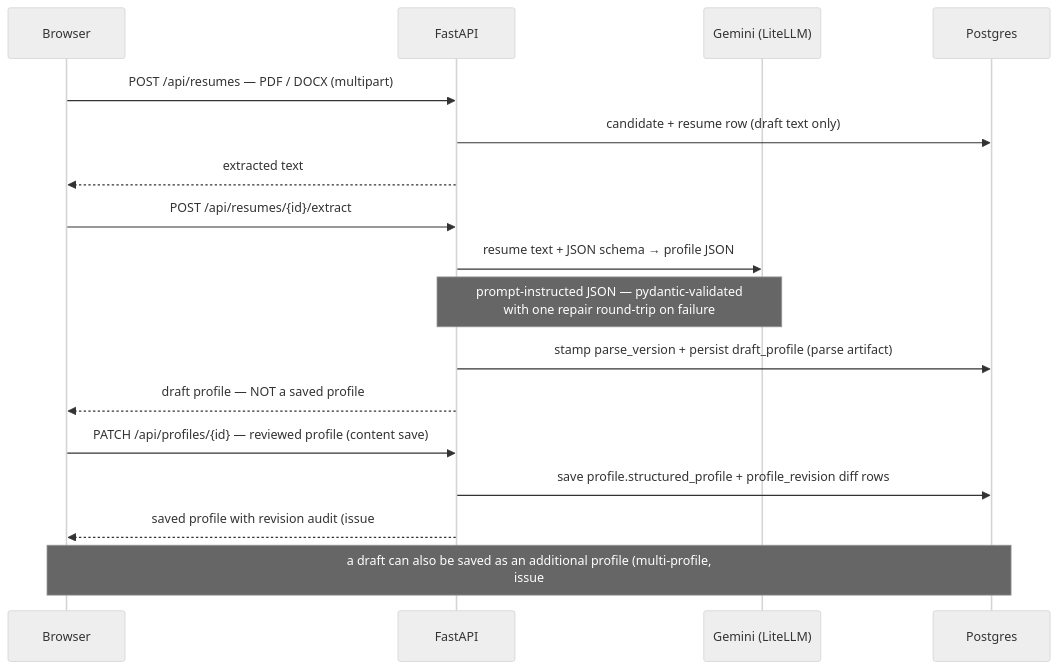
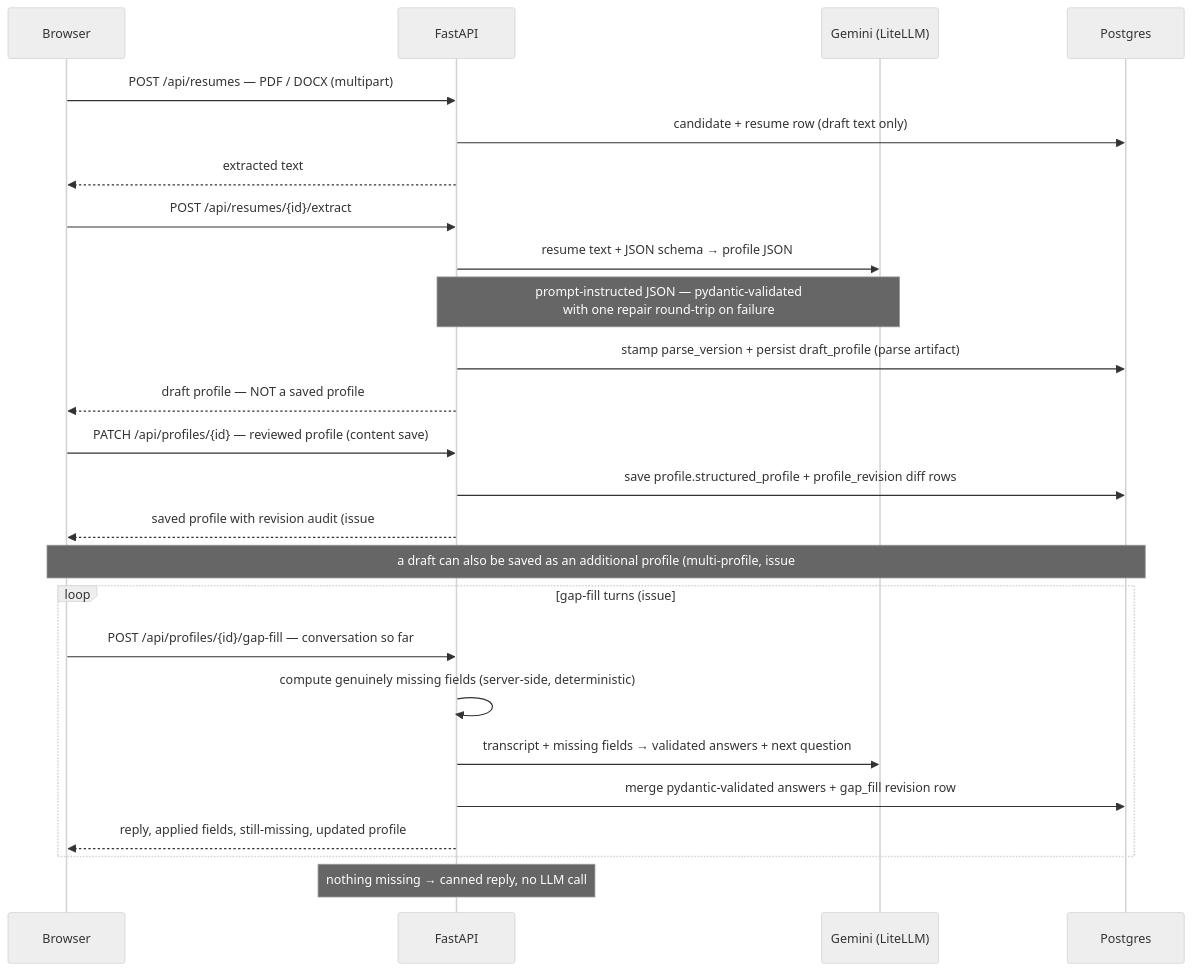
The second of 4 diagrams in docs/architecture.md (MSVhora/ai_job_assistant), drawn with Mermaid (neutral theme) before and after one commit. The commit also changed other lines of this file and 20 other files, not shown here.

Commit message:
Add conversational gap-fill for missing profile fields

````diff
--- a/docs/architecture.md
+++ b/docs/architecture.md
@@ -51,20 +54,28 @@
 ```mermaid
 sequenceDiagram
     participant B as Browser
     participant A as FastAPI
     participant G as Gemini (LiteLLM)
     participant D as Postgres
 
     B->>A: POST /api/resumes — PDF / DOCX (multipart)
     A->>D: candidate + resume row (draft text only)
     A-->>B: extracted text
     B->>A: POST /api/resumes/{id}/extract
     A->>G: resume text + JSON schema → profile JSON
     Note over A,G: prompt-instructed JSON — pydantic-validated<br/>with one repair round-trip on failure
     A->>D: stamp parse_version + persist draft_profile (parse artifact)
     A-->>B: draft profile — NOT a saved profile
     B->>A: PATCH /api/profiles/{id} — reviewed profile (content save)
     A->>D: save profile.structured_profile + profile_revision diff rows
     A-->>B: saved profile with revision audit (issue #4)
-    Note over B,D: a draft can also be saved as an additional profile (multi-profile,<br/>issue #6); gap-fill for missing fields follows (issue #5)
+    Note over B,D: a draft can also be saved as an additional profile (multi-profile, issue #6)
+    loop gap-fill turns (issue #5)
+        B->>A: POST /api/profiles/{id}/gap-fill — conversation so far
+        A->>A: compute genuinely missing fields (server-side, deterministic)
+        A->>G: transcript + missing fields → validated answers + next question
+        A->>D: merge pydantic-validated answers + gap_fill revision row
+        A-->>B: reply, applied fields, still-missing, updated profile
+    end
+    Note over A: nothing missing → canned reply, no LLM call
 ```
````
